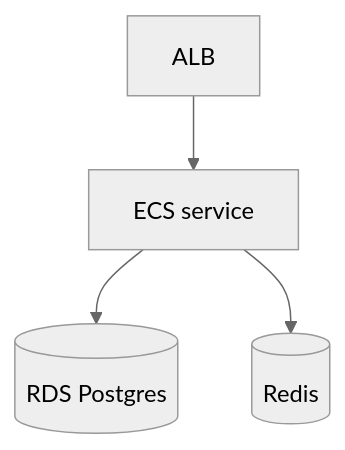
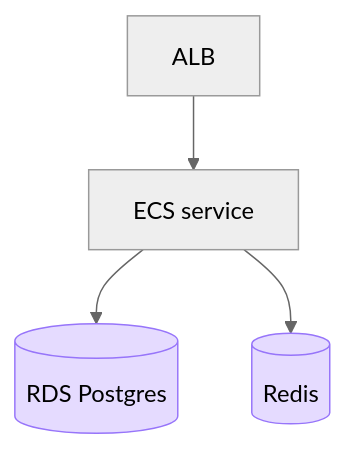
The fourth of 31 diagrams in skills/shared/diagrams.md (scottyroges/visual-skills), drawn with Mermaid (neutral theme) before and after one commit. The commit also changed other lines of this file and 3 other files, not shown here.

````diff
--- a/skills/shared/diagrams.md
+++ b/skills/shared/diagrams.md
@@ -90,6 +124,8 @@
 ```mermaid
 flowchart TD
   ALB --> ECS[ECS service]
   ECS --> RDS[(RDS Postgres)]
   ECS --> Redis[(Redis)]
+  classDef store fill:#e5dbff,stroke:#9775fa;
+  class RDS,Redis store;
 ```
````
